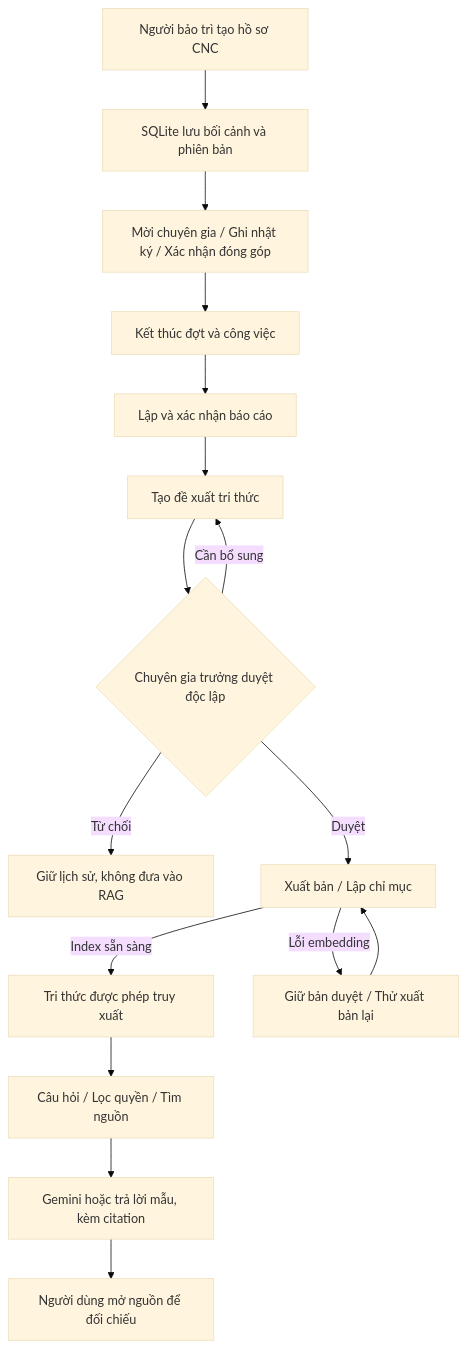
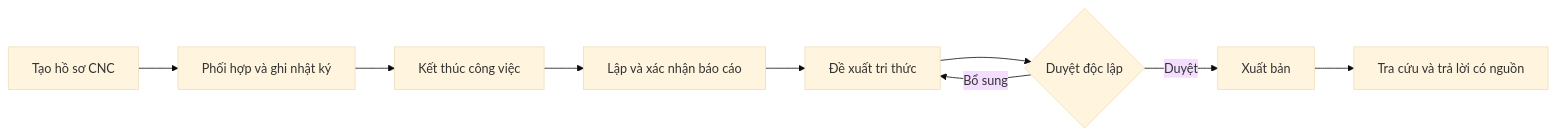
The second of 2 diagrams in README.md (nguyenhoangduong17122005-glitch/DENSO-SmartMaintAI), drawn with Mermaid (base theme) before and after one commit. The commit also changed other lines of this file, not shown here.

````diff
--- a/README.md
+++ b/README.md
@@ -44,18 +40,11 @@
 ```mermaid
-flowchart TD
-    A[Người bảo trì tạo hồ sơ CNC] --> B[SQLite lưu bối cảnh và phiên bản]
-    B --> C[Mời chuyên gia / Ghi nhật ký / Xác nhận đóng góp]
-    C --> D[Kết thúc đợt và công việc]
-    D --> E[Lập và xác nhận báo cáo]
-    E --> F[Tạo đề xuất tri thức]
-    F --> Q{Chuyên gia trưởng duyệt độc lập}
-    Q -->|Cần bổ sung| F
-    Q -->|Từ chối| X[Giữ lịch sử, không đưa vào RAG]
-    Q -->|Duyệt| P[Xuất bản / Lập chỉ mục]
-    P -->|Index sẵn sàng| K[Tri thức được phép truy xuất]
-    P -->|Lỗi embedding| RETRY[Giữ bản duyệt / Thử xuất bản lại]
-    RETRY --> P
-    K --> S[Câu hỏi / Lọc quyền / Tìm nguồn]
-    S --> ANS[Gemini hoặc trả lời mẫu, kèm citation]
-    ANS --> READ[Người dùng mở nguồn để đối chiếu]
+flowchart LR
+    A[Tạo hồ sơ CNC] --> B[Phối hợp và ghi nhật ký]
+    B --> C[Kết thúc công việc]
+    C --> D[Lập và xác nhận báo cáo]
+    D --> E[Đề xuất tri thức]
+    E --> F{Duyệt độc lập}
+    F -->|Bổ sung| E
+    F -->|Duyệt| G[Xuất bản]
+    G --> H[Tra cứu và trả lời có nguồn]
 ```
````
